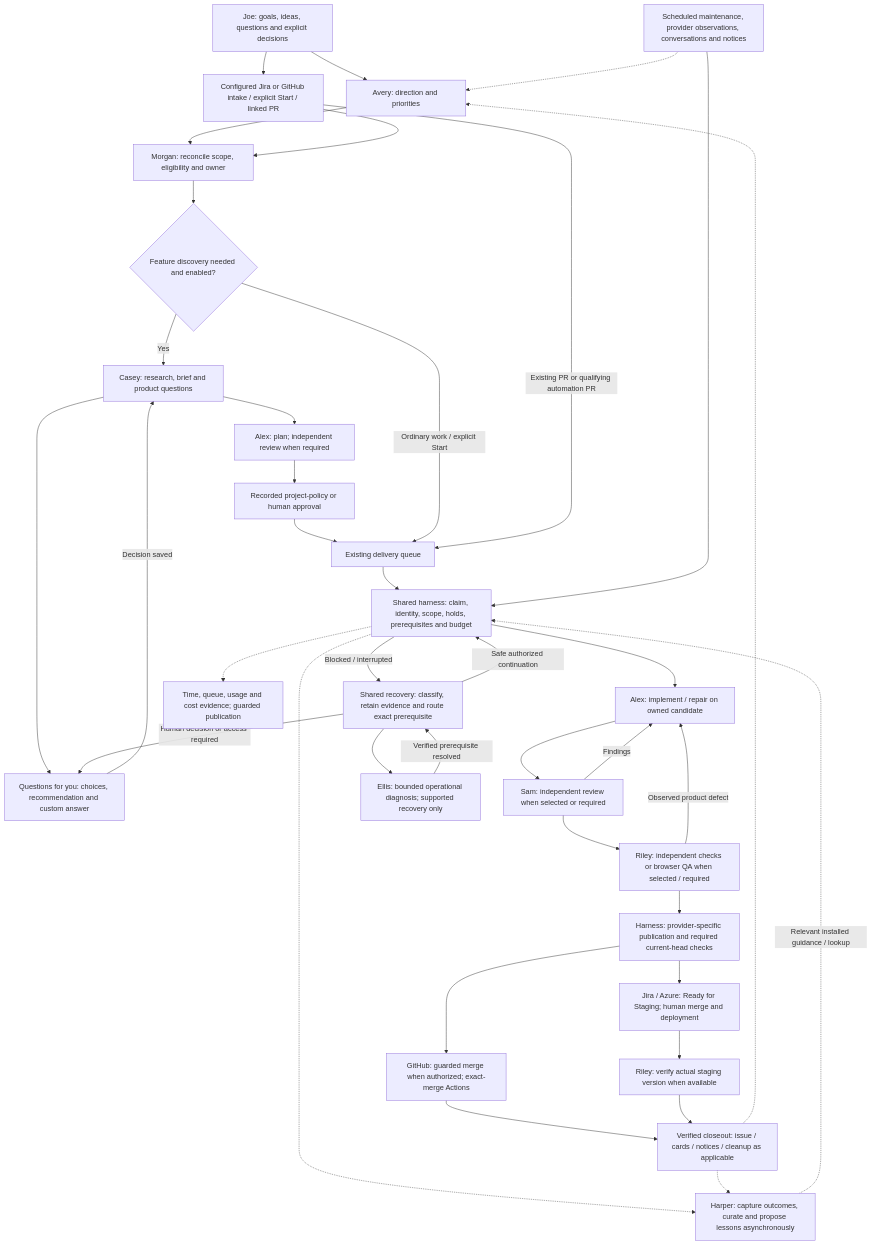
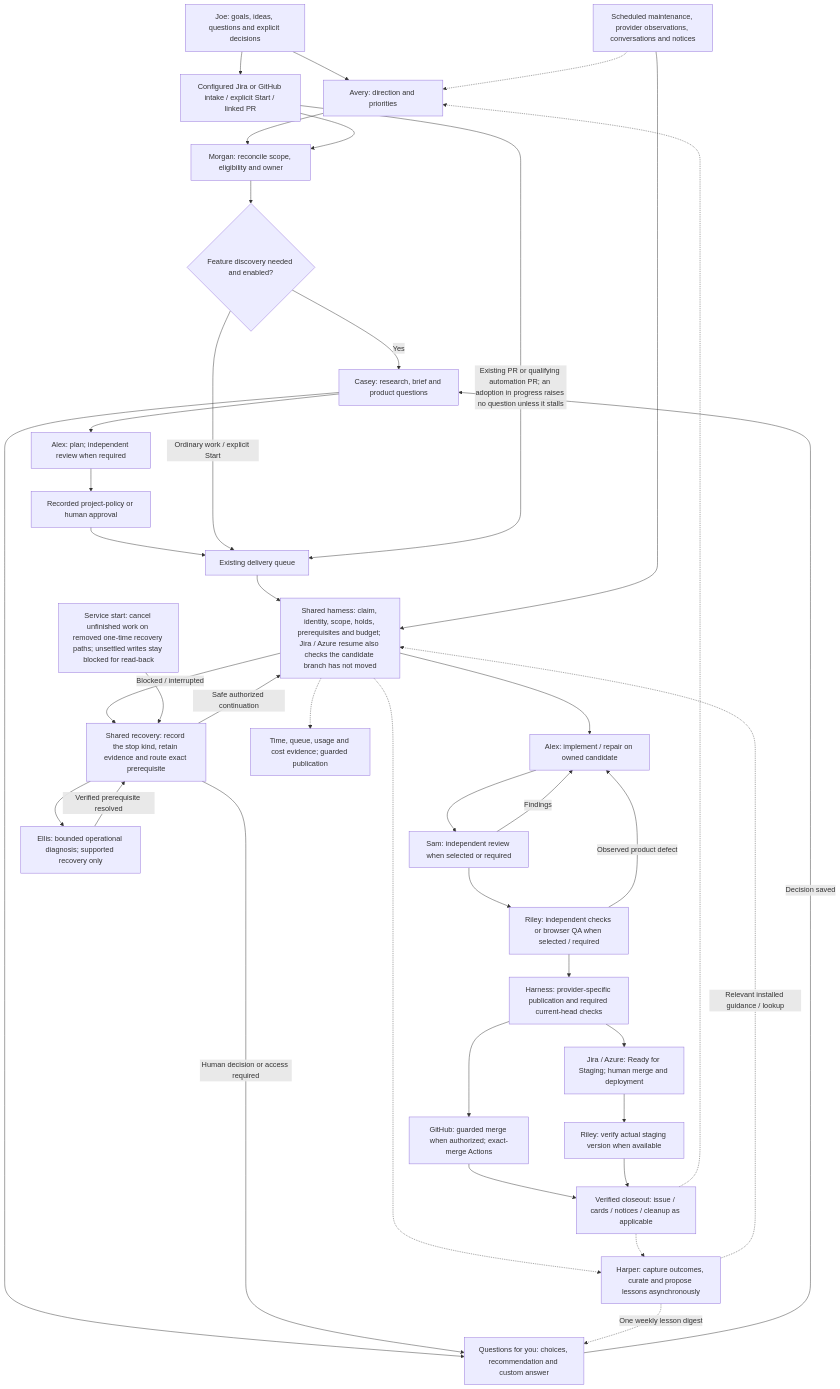
Before and after one commit to JFusco/the-office: the first of 5 diagrams in docs/office-process.md, drawn with Mermaid. The commit also changed other lines of this file and 7 other files, not shown here.

First line of the commit message:
fix(office): close the full-review findings on retirement, ownership and branch checks

````diff
--- a/docs/office-process.md
+++ b/docs/office-process.md
@@ -18,40 +18,42 @@
 ```mermaid
 flowchart TD
     U["Joe: goals, ideas, questions and explicit decisions"] --> AV["Avery: direction and priorities"]
     U --> IN["Configured Jira or GitHub intake / explicit Start / linked PR"]
     AV --> PM["Morgan: reconcile scope, eligibility and owner"]
     IN --> PM
     PM --> FP{"Feature discovery needed and enabled?"}
     FP -->|Yes| CA["Casey: research, brief and product questions"]
     CA --> Q["Questions for you: choices, recommendation and custom answer"]
     Q -->|Decision saved| CA
     CA --> PL["Alex: plan; independent review when required"]
     PL --> AP["Recorded project-policy or human approval"]
     AP --> EN["Existing delivery queue"]
     FP -->|Ordinary work / explicit Start| EN
-    IN -->|Existing PR or qualifying automation PR| EN
-    EN --> H["Shared harness: claim, identity, scope, holds, prerequisites and budget"]
+    IN -->|Existing PR or qualifying automation PR; an adoption in progress raises no question unless it stalls| EN
+    EN --> H["Shared harness: claim, identity, scope, holds, prerequisites and budget; Jira / Azure resume also checks the candidate branch has not moved"]
     H --> DEV["Alex: implement / repair on owned candidate"]
     DEV --> RV["Sam: independent review when selected or required"]
     RV -->|Findings| DEV
     RV --> QA["Riley: independent checks or browser QA when selected / required"]
     QA -->|Observed product defect| DEV
     QA --> PUB["Harness: provider-specific publication and required current-head checks"]
     PUB --> GH["GitHub: guarded merge when authorized; exact-merge Actions"]
     PUB --> AZ["Jira / Azure: Ready for Staging; human merge and deployment"]
     AZ --> SQ["Riley: verify actual staging version when available"]
     GH --> CL["Verified closeout: issue / cards / notices / cleanup as applicable"]
     SQ --> CL
-    H -->|Blocked / interrupted| REC["Shared recovery: classify, retain evidence and route exact prerequisite"]
+    H -->|Blocked / interrupted| REC["Shared recovery: record the stop kind, retain evidence and route exact prerequisite"]
+    SS["Service start: cancel unfinished work on removed one-time recovery paths; unsettled writes stay blocked for read-back"] --> REC
     REC -->|Safe authorized continuation| H
     REC -->|Human decision or access required| Q
     REC --> IT["Ellis: bounded operational diagnosis; supported recovery only"]
     IT -->|Verified prerequisite resolved| REC
     H -.-> LE["Harper: capture outcomes, curate and propose lessons asynchronously"]
+    LE -.->|One weekly lesson digest| Q
     CL -.-> LE
     LE -.->|Relevant installed guidance / lookup| H
     BG["Scheduled maintenance, provider observations, conversations and notices"] --> H
     BG -.-> AV
     H -.-> TM["Time, queue, usage and cost evidence; guarded publication"]
     CL -.-> AV
 ```
````
